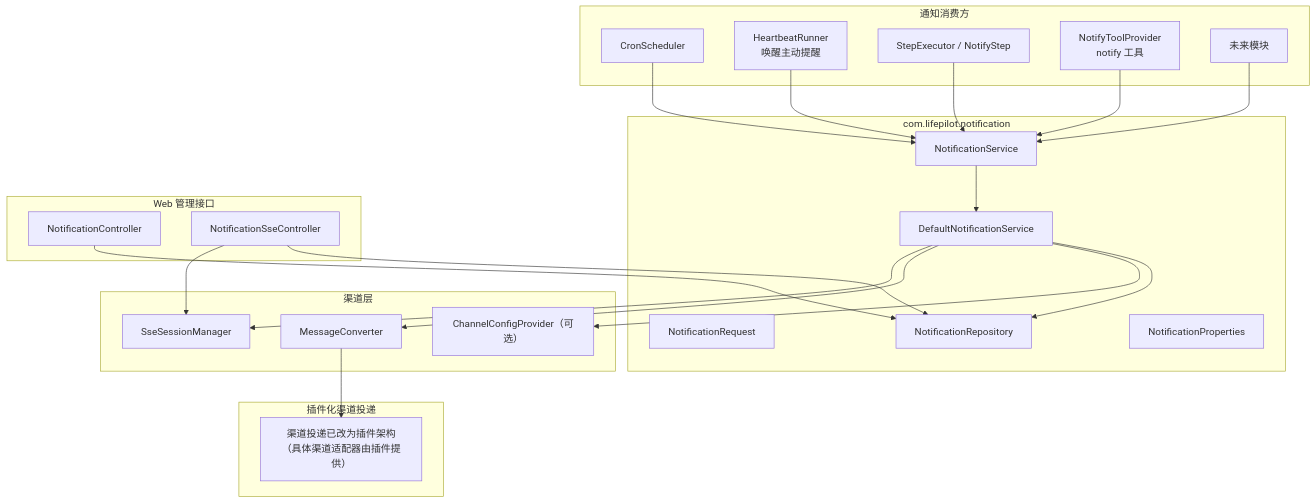
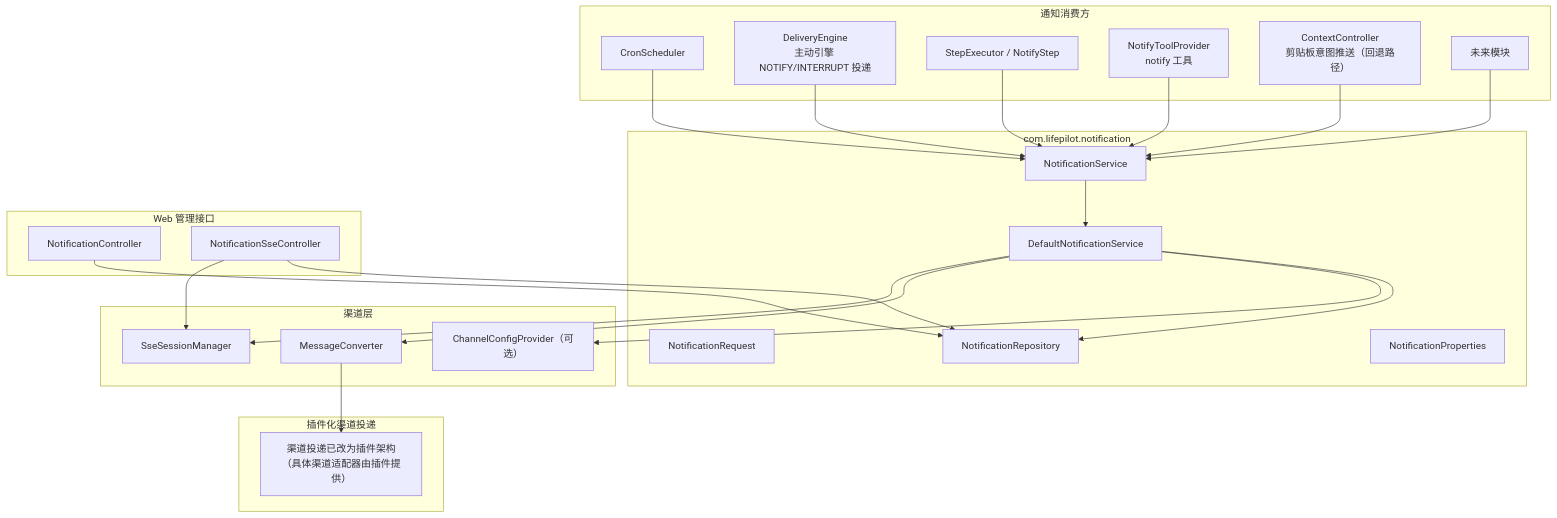
One commit to ntygod/LifePilot changed the first of 2 diagrams in docs/architecture/notification.md. Above: the diagram before and after it, drawn with Mermaid. The commit also changed other lines of this file and 138 other files, not shown here.

````diff
--- a/docs/architecture/notification.md
+++ b/docs/architecture/notification.md
@@ -23,49 +23,51 @@
 ```mermaid
 graph TB
     subgraph "通知消费方"
         CRON["CronScheduler"]
-        HEARTBEAT["HeartbeatRunner<br/>唤醒主动提醒"]
+        PROACTIVE["DeliveryEngine<br/>主动引擎 NOTIFY/INTERRUPT 投递"]
         WF["StepExecutor / NotifyStep"]
         META["NotifyToolProvider<br/>notify 工具"]
+        CTX_CTRL["ContextController<br/>剪贴板意图推送（回退路径）"]
         FUTURE["未来模块"]
     end
 
     subgraph "com.lifepilot.notification"
         NS["NotificationService"]
         IMPL["DefaultNotificationService"]
         NR["NotificationRequest"]
         REPO["NotificationRepository"]
         PROPS["NotificationProperties"]
     end
 
     subgraph "渠道层"
         CFG["ChannelConfigProvider（可选）"]
         MC["MessageConverter"]
         SSE["SseSessionManager"]
     end
 
     subgraph "插件化渠道投递"
         PLUGIN_NOTE["渠道投递已改为插件架构<br/>（具体渠道适配器由插件提供）"]
     end
 
     subgraph "Web 管理接口"
         NC["NotificationController"]
         NSC["NotificationSseController"]
     end
 
     CRON --> NS
-    HEARTBEAT --> NS
+    PROACTIVE --> NS
     WF --> NS
     META --> NS
+    CTX_CTRL --> NS
     FUTURE --> NS
 
     NS --> IMPL
     IMPL --> REPO
     IMPL --> CFG
     IMPL --> MC
     MC --> PLUGIN_NOTE
     IMPL --> SSE
     NC --> REPO
     NSC --> REPO
     NSC --> SSE
 ```
````
